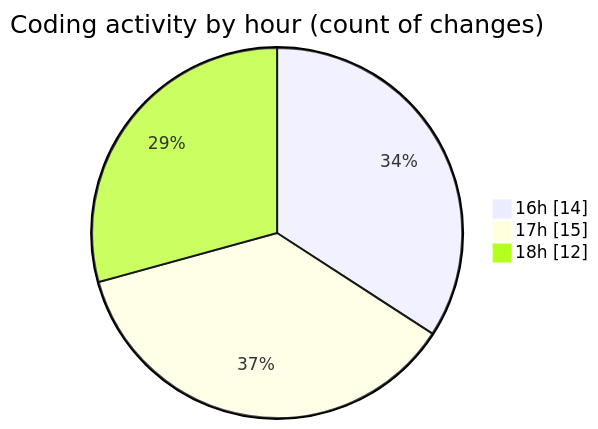
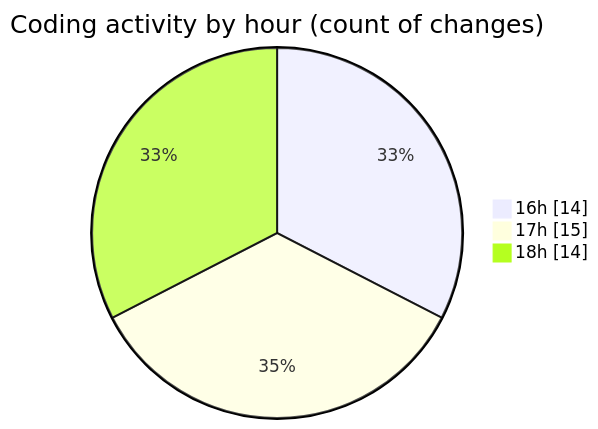
Before and after one commit to Elitesun/code-tracking: the second of 2 diagrams in 2025-01-31/flask/README.md, drawn with Mermaid. The commit also changed other lines of this file and 1 other file, not shown here.

````diff
--- a/2025-01-31/flask/README.md
+++ b/2025-01-31/flask/README.md
@@ -35,7 +35,7 @@
 ```mermaid
 pie showData
 title Coding activity by hour (count of changes)
 "16h" : 14
 "17h" : 15
-"18h" : 12
+"18h" : 14
 ```
````
